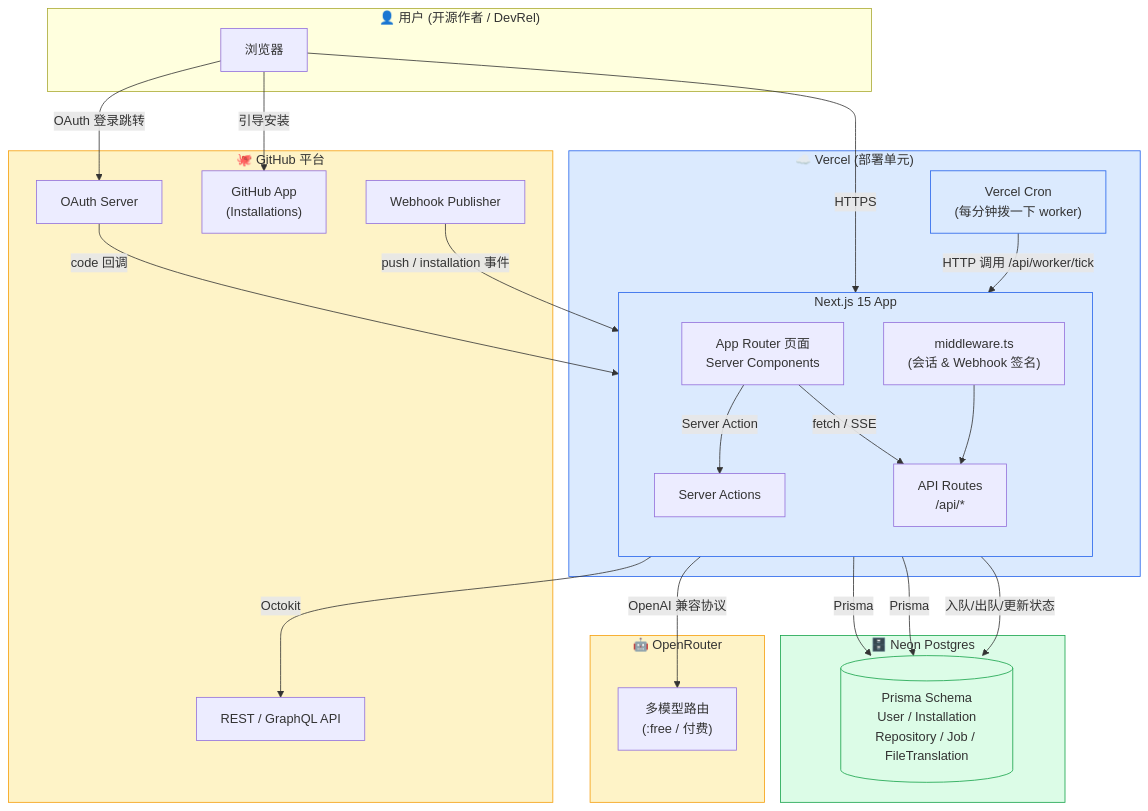
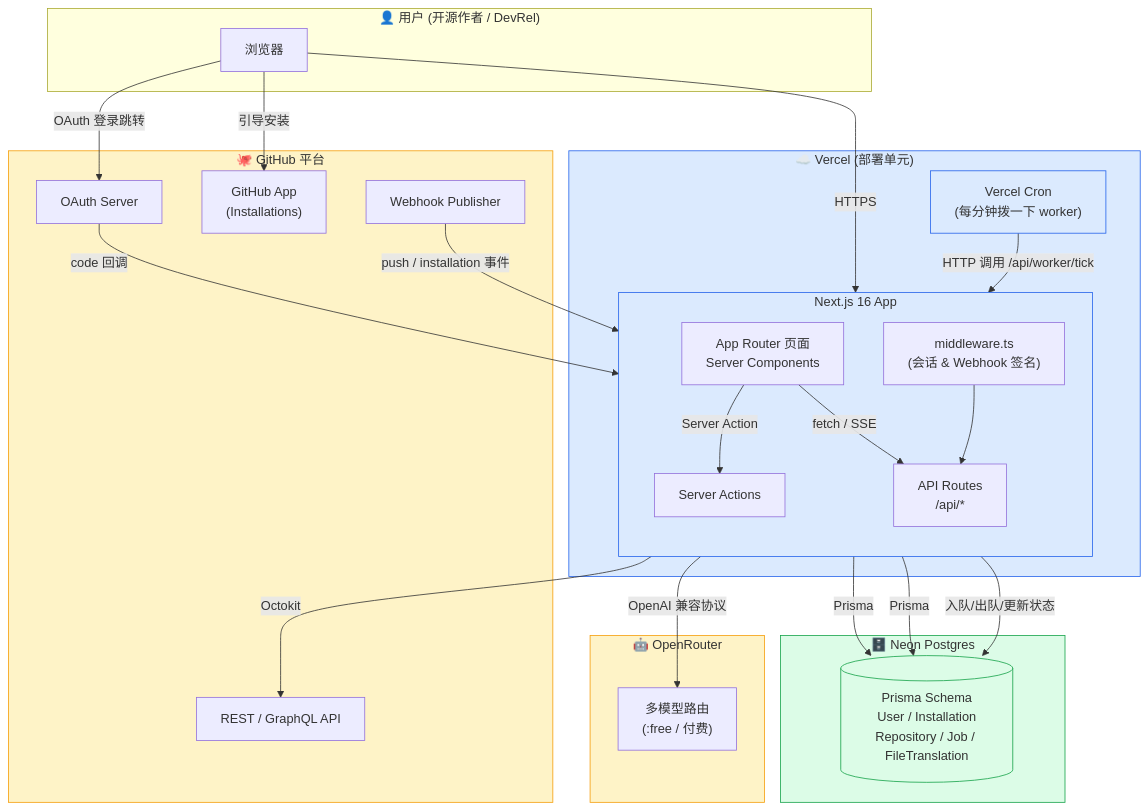
One commit to tryubest/github-global changed the first of 9 diagrams in docs/TechDesign.md. Above: the diagram before and after it, drawn with Mermaid. The commit also changed other lines of this file and 2 other files, not shown here.

First line of the commit message:
docs: TechDesign v1.2 / PRD v1.1.1 — 与 Next 16 实施对齐

````diff
--- a/docs/TechDesign.md
+++ b/docs/TechDesign.md
@@ -36,56 +36,56 @@
 ```mermaid
 flowchart TB
     subgraph User["👤 用户 (开源作者 / DevRel)"]
         Browser["浏览器"]
     end
 
     subgraph GitHub["🐙 GitHub 平台"]
         GH_OAuth["OAuth Server"]
         GH_App["GitHub App<br/>(Installations)"]
         GH_API["REST / GraphQL API"]
         GH_Webhook["Webhook Publisher"]
     end
 
     subgraph Vercel["☁️ Vercel (部署单元)"]
-        subgraph NextApp["Next.js 15 App"]
+        subgraph NextApp["Next.js 16 App"]
             direction TB
             UI["App Router 页面<br/>Server Components"]
             ApiRoutes["API Routes<br/>/api/*"]
             Actions["Server Actions"]
             Middleware["middleware.ts<br/>(会话 & Webhook 签名)"]
         end
         Cron["Vercel Cron<br/>(每分钟拨一下 worker)"]
     end
 
     subgraph Neon["🗄️ Neon Postgres"]
         DB[("Prisma Schema<br/>User / Installation<br/>Repository / Job / FileTranslation")]
     end
 
     subgraph OpenRouter["🤖 OpenRouter"]
         LLM["多模型路由<br/>(:free / 付费)"]
     end
 
     Browser -->|"HTTPS"| UI
     UI -->|"Server Action"| Actions
     UI -->|"fetch / SSE"| ApiRoutes
     Actions -->|"Prisma"| DB
     ApiRoutes -->|"Prisma"| DB
     ApiRoutes -->|"Octokit"| GH_API
 
     Browser -->|"OAuth 登录跳转"| GH_OAuth
     GH_OAuth -->|"code 回调"| ApiRoutes
     Browser -->|"引导安装"| GH_App
     GH_Webhook -->|"push / installation 事件"| Middleware
     Middleware --> ApiRoutes
 
     ApiRoutes -->|"OpenAI 兼容协议"| LLM
     Cron -->|"HTTP 调用 /api/worker/tick"| ApiRoutes
     ApiRoutes -->|"入队/出队/更新状态"| DB
 
     classDef ext fill:#fef3c7,stroke:#f59e0b
     classDef core fill:#dbeafe,stroke:#2563eb
     classDef data fill:#dcfce7,stroke:#16a34a
     class GitHub,OpenRouter ext
     class Vercel,NextApp,Cron core
     class Neon,DB data
 ```
````
